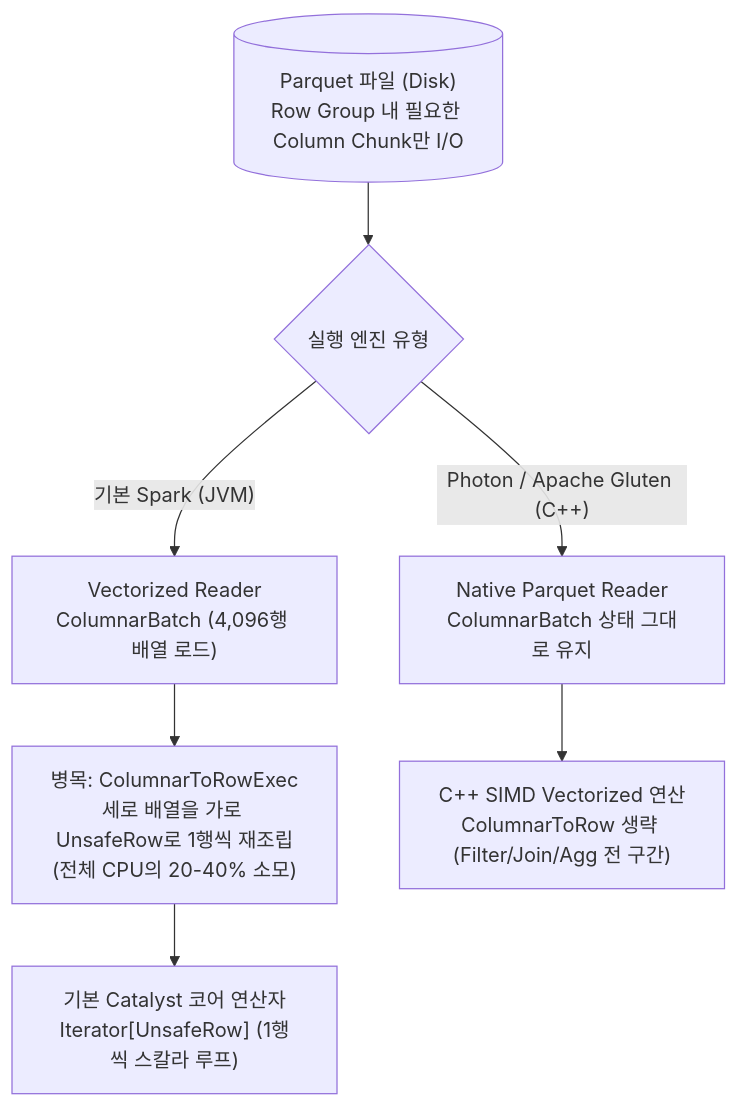
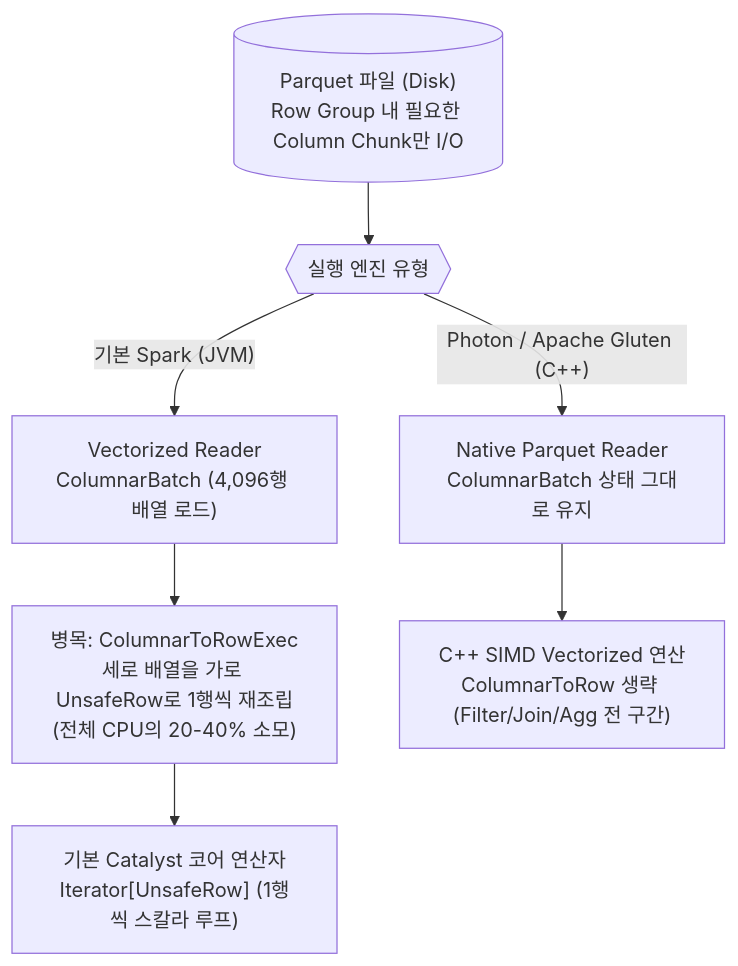
One commit to djpibo/djpibo.github.io changed the sixth of 11 diagrams in docs/dbms/distributed/mapreduce-spark-and-distributed-db-internals.md. Above: the diagram before and after it, drawn with Mermaid. The commit also changed 6 other files, not shown here.

Commit message:
style(mermaid): replace oversized diamond nodes with compact hexagon nodes

````diff
--- a/docs/dbms/distributed/mapreduce-spark-and-distributed-db-internals.md
+++ b/docs/dbms/distributed/mapreduce-spark-and-distributed-db-internals.md
@@ -293,17 +293,17 @@
 ```mermaid
 flowchart TD
 
     PARQ[("Parquet 파일 (Disk)<br/>Row Group 내 필요한 Column Chunk만 I/O")]
-    DEC{"실행 엔진 유형"}
+    DEC{{"실행 엔진 유형"}}
 
     V_READ["Vectorized Reader<br/>ColumnarBatch (4,096행 배열 로드)"]
     C2R["병목: ColumnarToRowExec<br/>세로 배열을 가로 UnsafeRow로 1행씩 재조립<br/>(전체 CPU의 20-40% 소모)"]
     OP_ROW["기본 Catalyst 코어 연산자<br/>Iterator[UnsafeRow] (1행씩 스칼라 루프)"]
 
     N_READ["Native Parquet Reader<br/>ColumnarBatch 상태 그대로 유지"]
     N_OP["C++ SIMD Vectorized 연산<br/>ColumnarToRow 생략 (Filter/Join/Agg 전 구간)"]
 
     PARQ --> DEC
     DEC -->|"기본 Spark (JVM)"| V_READ --> C2R --> OP_ROW
     DEC -->|"Photon / Apache Gluten (C++)"| N_READ --> N_OP
 ```
````
